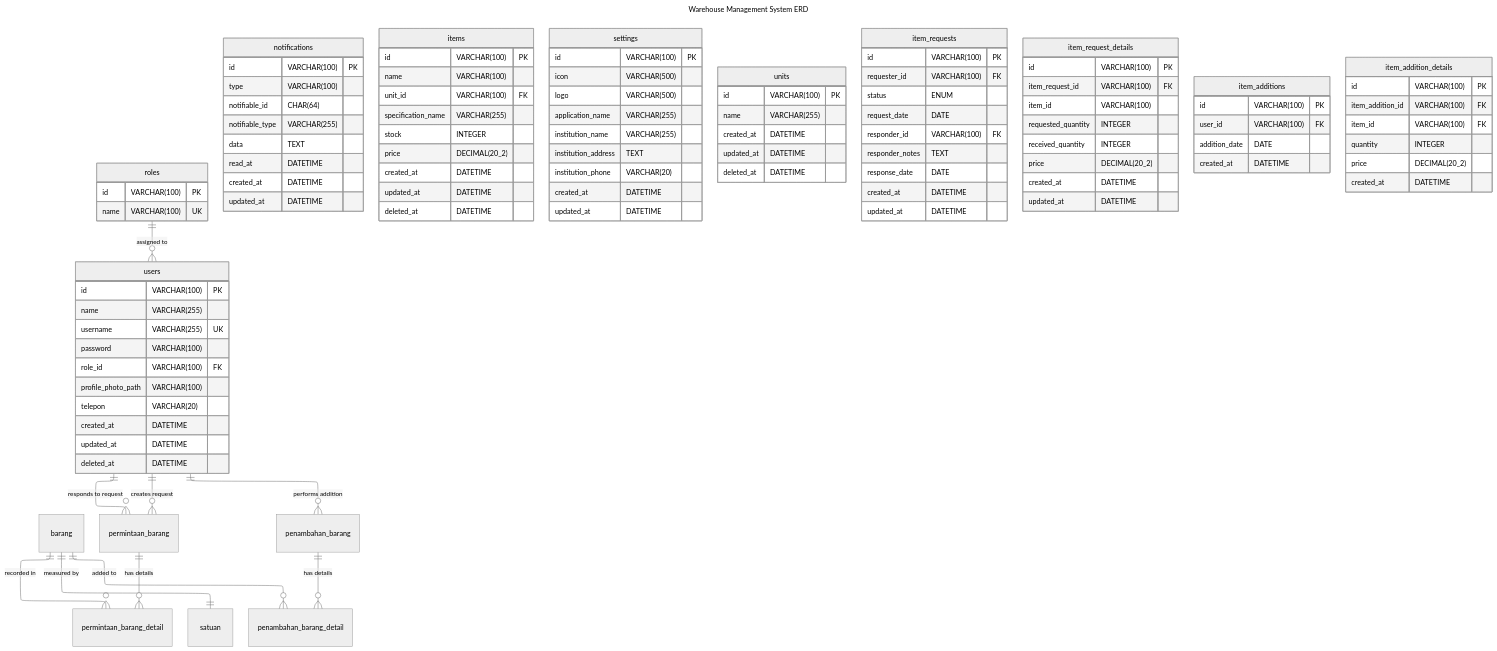
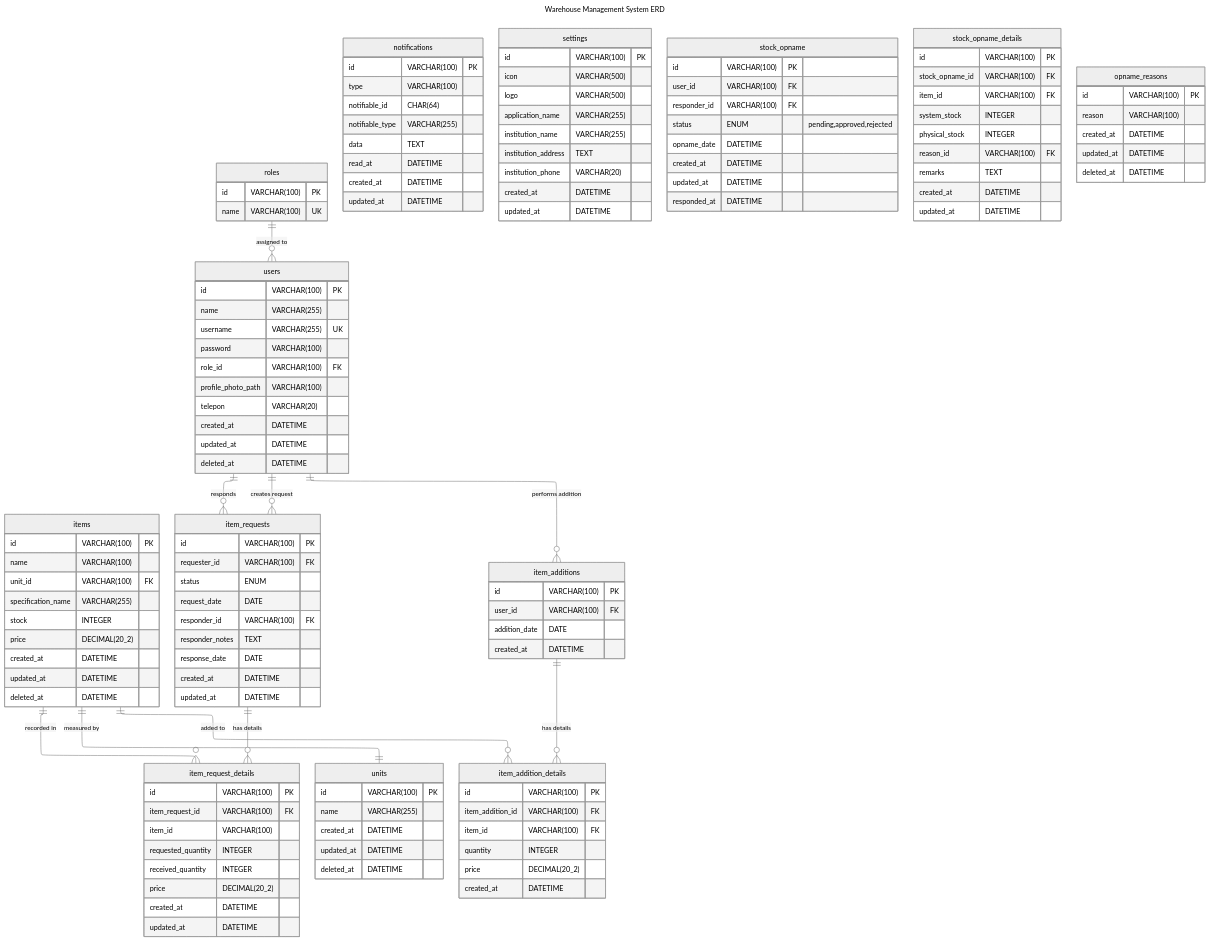
Before and after one commit to juntralala/e-atk: the diagram in docs/erd.mermaid, drawn with Mermaid. The commit also changed 54 other files, not shown here.

```diff
--- a/docs/erd.mermaid
+++ b/docs/erd.mermaid
@@ -1,116 +1,147 @@
 ---
 title: Warehouse Management System ERD
 config:
   theme: neutral
   layout: elk
 ---
 erDiagram
     roles ||--o{ users : "assigned to"
-    barang ||--o{ permintaan_barang_detail : "recorded in"
-    barang ||--|| satuan : "measured by"
-    users ||--o{ permintaan_barang : "creates request"
-    users ||--o{ permintaan_barang : "responds to request"
-    users ||--o{ penambahan_barang : "performs addition"
-    permintaan_barang ||--o{ permintaan_barang_detail : "has details"
-    penambahan_barang ||--o{ penambahan_barang_detail : "has details"
-    barang ||--o{ penambahan_barang_detail : "added to"
+    items ||--o{ item_request_details : "recorded in"
+    items ||--|| units : "measured by"
+    users ||--o{ item_requests : "creates request"
+    users ||--o{ item_requests : "responds"
+    users ||--o{ item_additions : "performs addition"
+    item_requests ||--o{ item_request_details : "has details"
+    item_additions ||--o{ item_addition_details : "has details"
+    items ||--o{ item_addition_details : "added to"
     
     roles {
         id VARCHAR(100) PK
         name VARCHAR(100) UK
     }
     
     users {
         id VARCHAR(100) PK
         name VARCHAR(255)
         username VARCHAR(255) UK
         password VARCHAR(100)
         role_id VARCHAR(100) FK
         profile_photo_path VARCHAR(100)
         telepon VARCHAR(20)
         created_at DATETIME
         updated_at DATETIME 
         deleted_at DATETIME 
     }
     
     notifications {
         id VARCHAR(100) PK
         type VARCHAR(100) 
         notifiable_id CHAR(64)
         notifiable_type VARCHAR(255)
         data TEXT
         read_at DATETIME
         created_at DATETIME 
         updated_at DATETIME 
     }
     
     items {
         id VARCHAR(100) PK 
         name VARCHAR(100)
         unit_id VARCHAR(100) FK 
         specification_name VARCHAR(255) 
         stock INTEGER 
         price DECIMAL(20_2)
         created_at DATETIME 
         updated_at DATETIME 
         deleted_at DATETIME 
     }
 
     settings {
         id VARCHAR(100) PK
         icon VARCHAR(500)
         logo VARCHAR(500)
         application_name VARCHAR(255) 
         institution_name VARCHAR(255)
         institution_address TEXT 
         institution_phone VARCHAR(20)
         created_at DATETIME 
         updated_at DATETIME 
     }
     
     units {
         id VARCHAR(100) PK 
         name VARCHAR(255)
         created_at DATETIME 
         updated_at DATETIME 
         deleted_at DATETIME
     }
     
     item_requests {
         id VARCHAR(100) PK 
         requester_id VARCHAR(100) FK 
         status ENUM 
         request_date DATE
         responder_id VARCHAR(100) FK 
         responder_notes TEXT 
         response_date DATE
         created_at DATETIME 
         updated_at DATETIME 
     }
     
     item_request_details {
         id VARCHAR(100) PK  
         item_request_id VARCHAR(100) FK 
         item_id VARCHAR(100) 
         requested_quantity INTEGER 
         received_quantity INTEGER 
         price DECIMAL(20_2)
         created_at DATETIME
         updated_at DATETIME
     }
     
     item_additions {
         id VARCHAR(100) PK
         user_id VARCHAR(100) FK 
         addition_date DATE
         created_at DATETIME 
     }
     
     item_addition_details {
         id VARCHAR(100) PK  
         item_addition_id VARCHAR(100) FK
         item_id VARCHAR(100) FK
         quantity INTEGER 
         price DECIMAL(20_2)
         created_at DATETIME
     }
+
+    stock_opname {
+        id VARCHAR(100) PK
+        user_id VARCHAR(100) FK
+        responder_id VARCHAR(100) FK
+        status ENUM "pending,approved,rejected"
+        opname_date DATETIME
+        created_at DATETIME
+        updated_at DATETIME
+        responded_at DATETIME
+    }
+
+    stock_opname_details {
+        id VARCHAR(100) PK
+        stock_opname_id VARCHAR(100) FK
+        item_id VARCHAR(100) FK
+        system_stock INTEGER
+        physical_stock INTEGER
+        reason_id VARCHAR(100) FK
+        remarks TEXT
+        created_at DATETIME
+        updated_at DATETIME
+    }
+
+    opname_reasons {
+        id VARCHAR(100) PK
+        reason VARCHAR(100)
+        created_at DATETIME
+        updated_at DATETIME
+        deleted_at DATETIME
+    }
```
